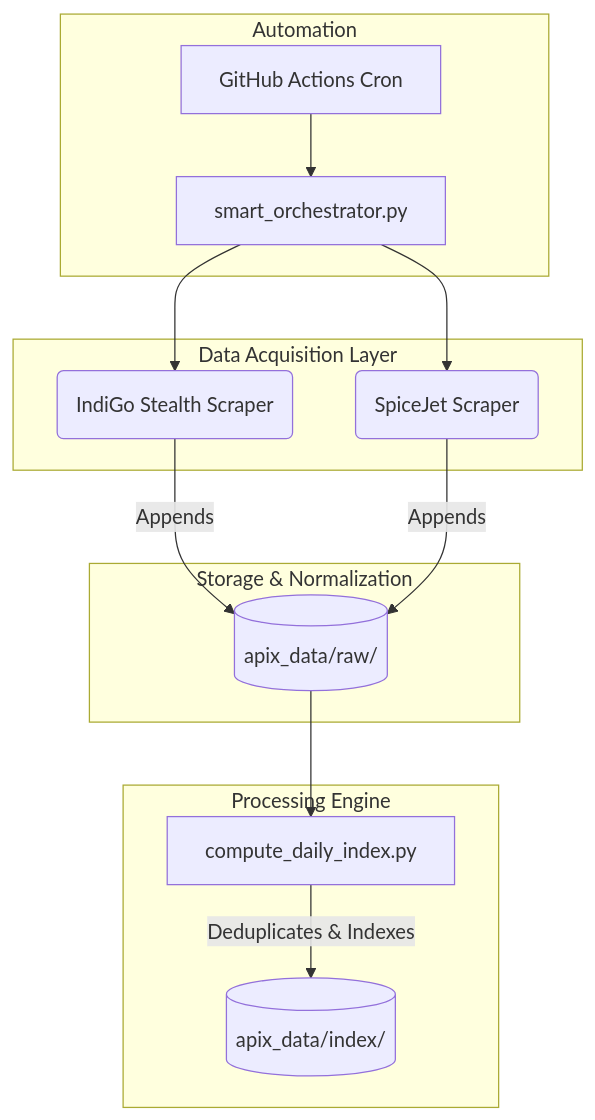
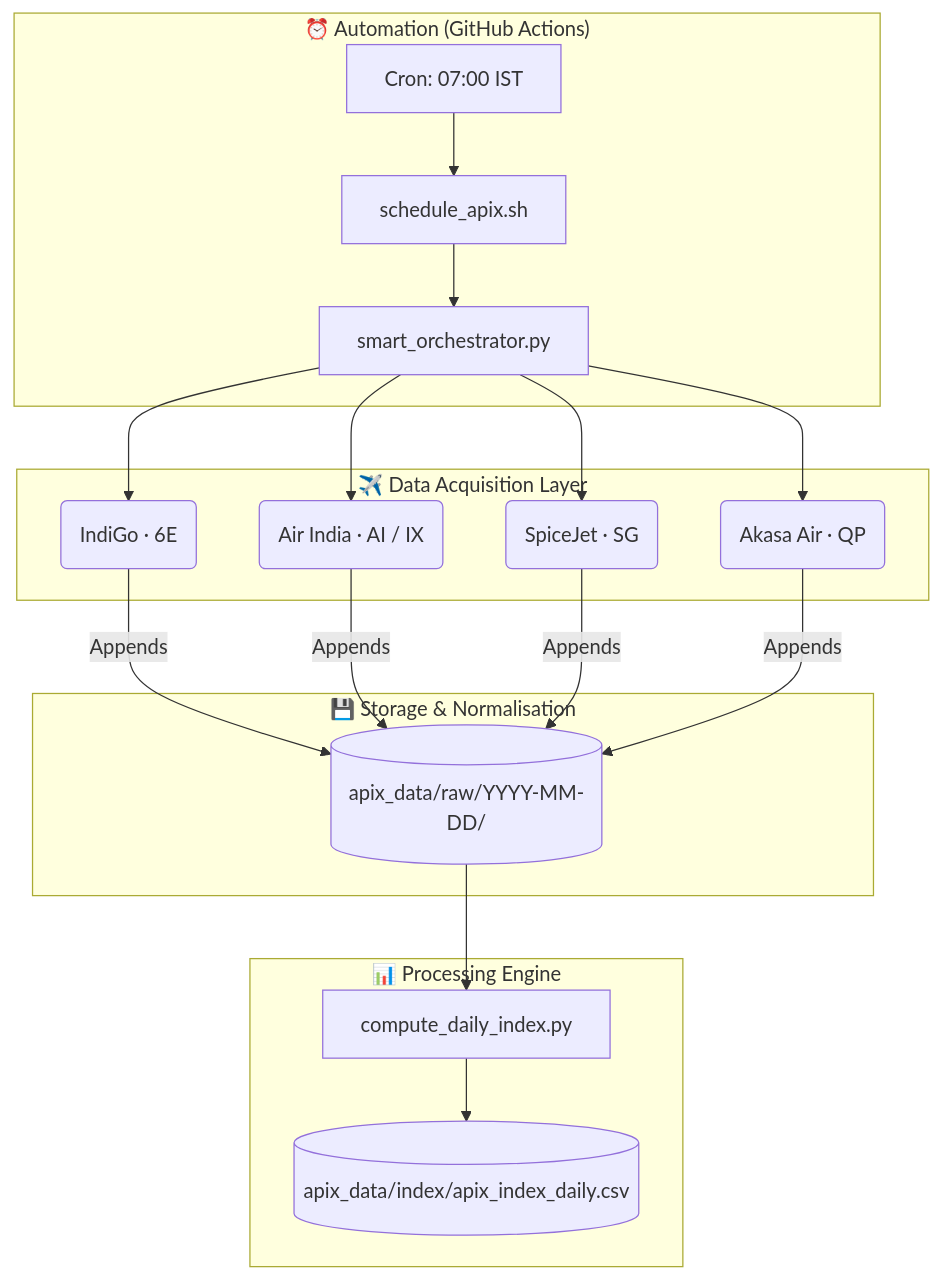
One commit to Rishavroy-2006/APIx changed the second of 2 diagrams in README.md. Above: the diagram before and after it, drawn with Mermaid. The commit also changed other lines of this file, not shown here.

Commit message:
docs: rewrite README — all 4 carriers, updated architecture, repo structure, schema table, sampling protocol

````diff
--- a/README.md
+++ b/README.md
@@ -37,21 +40,26 @@
 ```mermaid
 graph TD
-    subgraph Automation
-        GA[GitHub Actions Cron] --> SO[smart_orchestrator.py]
+    subgraph Automation ["⏰ Automation (GitHub Actions)"]
+        GA[Cron: 07:00 IST] --> SH[schedule_apix.sh]
+        SH --> SO[smart_orchestrator.py]
     end
-    
-    subgraph Data Acquisition Layer
-        SO --> I(IndiGo Stealth Scraper)
-        SO --> S(SpiceJet Scraper)
+
+    subgraph Scrapers ["✈️ Data Acquisition Layer"]
+        SO --> I(IndiGo · 6E)
+        SO --> AI(Air India · AI / IX)
+        SO --> S(SpiceJet · SG)
+        SO --> AK(Akasa Air · QP)
     end
-    
-    subgraph Storage & Normalization
-        I -- Appends --> RAW[(apix_data/raw/)]
-        S -- Appends --> RAW
+
+    subgraph Storage ["💾 Storage & Normalisation"]
+        I  -- Appends --> RAW[(apix_data/raw/YYYY-MM-DD/)]
+        AI -- Appends --> RAW
+        S  -- Appends --> RAW
+        AK -- Appends --> RAW
     end
-    
-    subgraph Processing Engine
+
+    subgraph Processing ["📊 Processing Engine"]
         RAW --> CDI[compute_daily_index.py]
-        CDI -- Deduplicates & Indexes --> IDX[(apix_data/index/)]
+        CDI --> IDX[(apix_data/index/apix_index_daily.csv)]
     end
 ```
````
